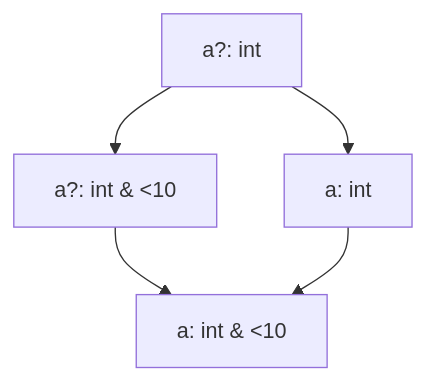
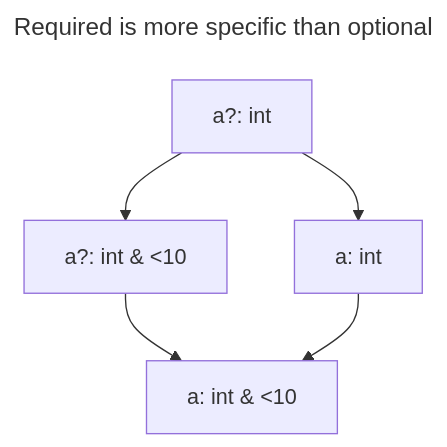
One commit to cue-lang/cuelang.org changed the sixth of 7 diagrams in mkdocs/preprocessor/content/docs/concept/the-logic-of-cue/en.md. Above: the diagram before and after it, drawn with Mermaid. The commit also changed other lines of this file and 6 other files, not shown here.

First line of the commit message:
mkdocs: replace Hugo mermaid shortcode with code block with mkdocs-refactor/mermaid-transform.bash

````diff
--- a/mkdocs/preprocessor/content/docs/concept/the-logic-of-cue/en.md
+++ b/mkdocs/preprocessor/content/docs/concept/the-logic-of-cue/en.md
@@ -359,8 +362,11 @@
-{{< mermaid caption="Required is more specific than optional" >}}
+``` mermaid
+---
+title: "Required is more specific than optional"
+---
 graph TD
     ao["a?: int"]
     ao --> ar["a: int"]
     ao --> aolt["a?: int & <10"]
     aolt --> arlt["a: int & <10"]
     ar --> arlt
-{{< /mermaid >}}
+```
````
